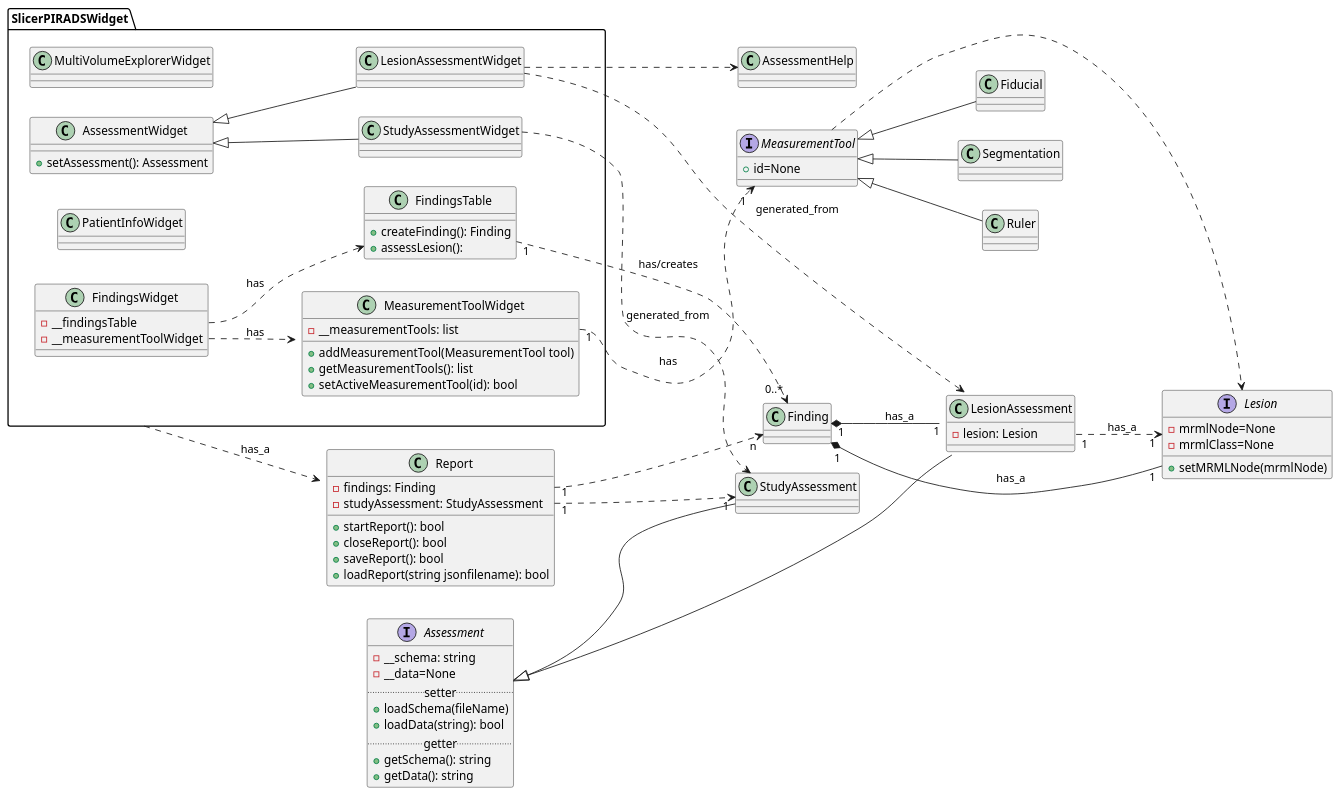
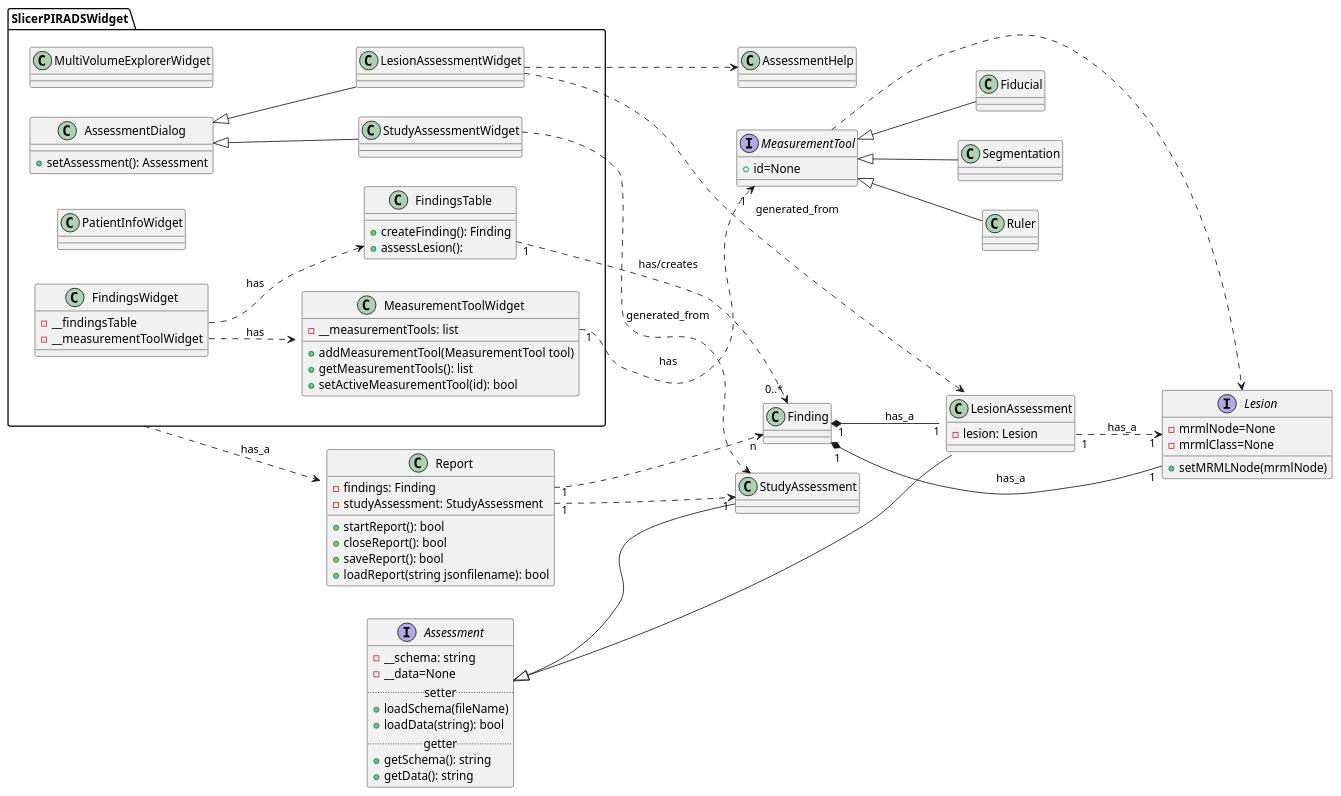
The diagram in Documentation/Classes.puml (QIICR/SlicerPIRADS), drawn with PlantUML before and after one commit. The commit also changed 10 other files, not shown here.

```diff
--- a/Documentation/Classes.puml
+++ b/Documentation/Classes.puml
@@ -1,139 +1,139 @@
 @startuml
 left to right direction
 
 'TODO: think about loading and saving data!
 
 package SlicerPIRADSWidget {
 
 class MultiVolumeExplorerWidget {
 }
 
-class AssessmentWidget {
+class AssessmentDialog {
   + setAssessment(): Assessment
 }
 
-AssessmentWidget <|-- StudyAssessmentWidget
-AssessmentWidget <|-- LesionAssessmentWidget
+AssessmentDialog <|-- StudyAssessmentWidget
+AssessmentDialog <|-- LesionAssessmentWidget
 
 class PatientInfoWidget {
 }
 
 class FindingsWidget {
   - __findingsTable
   - __measurementToolWidget
 }
 
 FindingsWidget::__findingsTable ..> FindingsTable: has
 FindingsWidget::__measurementToolWidget ..> MeasurementToolWidget: has
 
 
 class FindingsTable {
   + createFinding(): Finding
   + assessLesion():
 }
 
 class MeasurementToolWidget {
   - __measurementTools: list
   + addMeasurementTool(MeasurementTool tool)
   + getMeasurementTools(): list
   + setActiveMeasurementTool(id): bool
 }
 
 
 }
 
 class AssessmentHelp {
 
 }
 
 SlicerPIRADSWidget ..> Report: has_a
 
 LesionAssessmentWidget ..> AssessmentHelp
 
 LesionAssessmentWidget ..> LesionAssessment:generated_from
 StudyAssessmentWidget ..> StudyAssessment:generated_from
 
 FindingsTable "1" ..> "0..*" Finding:has/creates
 
 
 interface Assessment {
   - __schema: string
   - __data=None
   .. setter ..
   + loadSchema(fileName)
   + loadData(string): bool
   .. getter ..
   + getSchema(): string
   + getData(): string
 }
 
 'interface DataHandler {
 '  + save()
 '  + load(fileName): bool
 '}
 '
 'class ReportDataHandler {
 '}
 'DataHandler <|-- ReportDataHandler
 'DataHandler <|-- StudyAssessmentHandler
 '
 'Assessment -> DataHandler: has_a
 
 class LesionAssessment {
   -lesion: Lesion
 }
 
 class StudyAssessment {
 }
 
 class Report {
 - findings: Finding
 - studyAssessment: StudyAssessment
 __
 + startReport(): bool
 + closeReport(): bool
 + saveReport(): bool
 + loadReport(string jsonfilename): bool
 }
 
 interface Lesion {
 - mrmlNode=None
 - mrmlClass=None
 __
 + setMRMLNode(mrmlNode)
 }
 
 class Fiducial {
 }
 
 class Segmentation {
 }
 
 class Ruler {
 }
 
 MeasurementToolWidget::__measurementTool "1" ..> "1" MeasurementTool: has
 
 interface MeasurementTool {
   +id=None
 }
 
 MeasurementTool <|-- Fiducial
 MeasurementTool <|-- Segmentation
 MeasurementTool <|-- Ruler
 
 MeasurementTool ..> Lesion
 
 
 Finding "1" *-- "1" LesionAssessment: has_a
 Finding "1" *-- "1" Lesion: has_a
 LesionAssessment::lesion "1" ..> "1" Lesion: has_a
 
 
 Report::findings "1" ..> "n" Finding
 Report::studyAssessment "1" ..> "1" StudyAssessment
 
 Assessment <|-- LesionAssessment
 Assessment <|-- StudyAssessment
 
 @enduml
```
